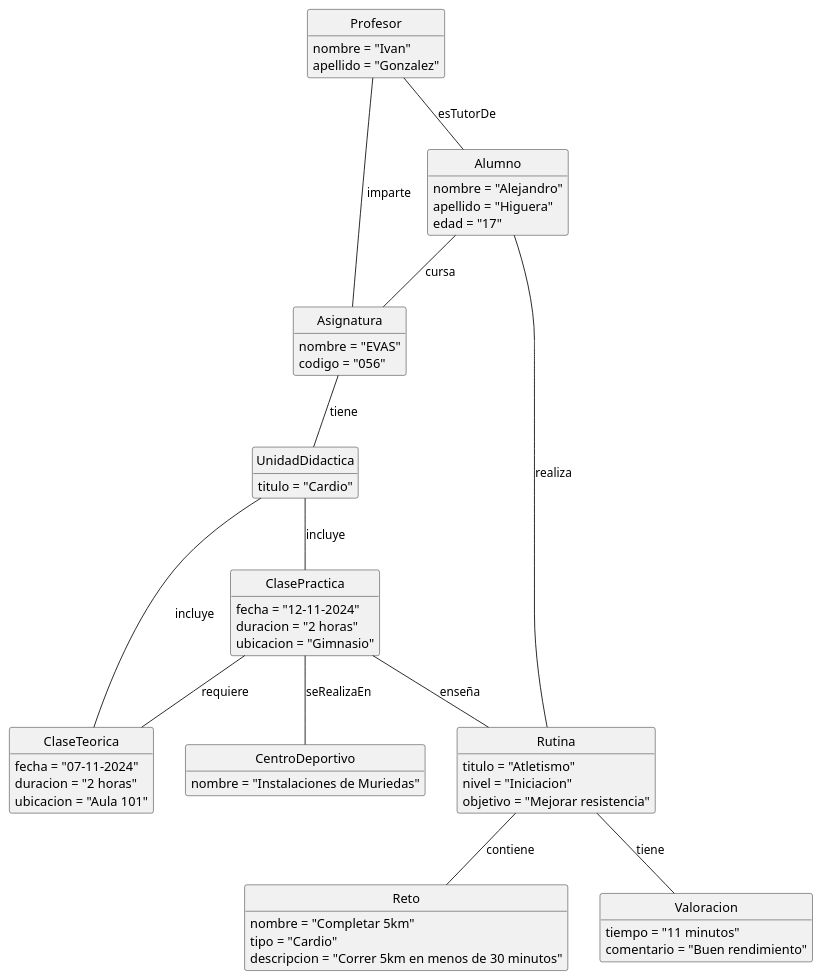
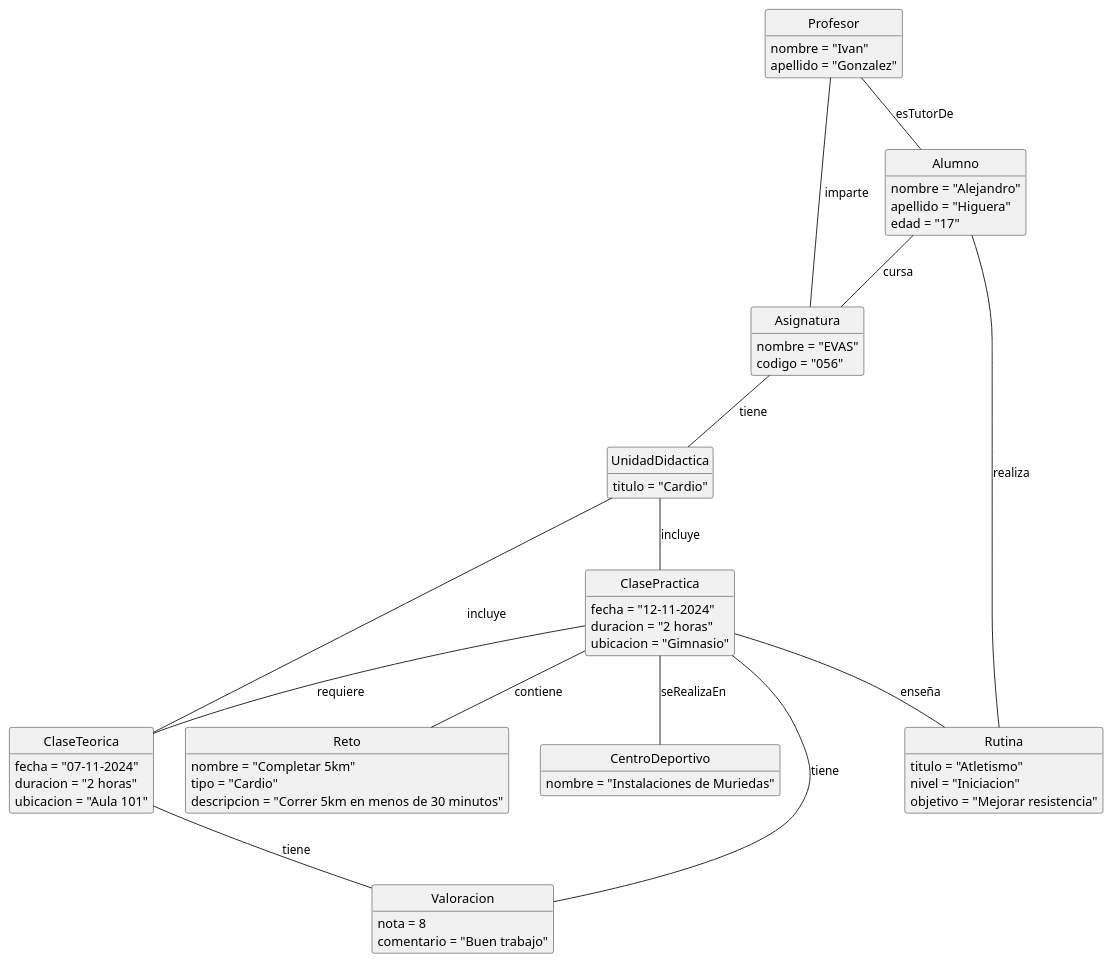
One commit to mmasias/24-25-IdSw1-SDR changed the diagram in Documentos/diagramaDeObjetos/diagramaDeObjetos.puml. Above: the diagram before and after it, drawn with PlantUML. The commit also changed other lines of this file and 1 other file, not shown here.

Commit message:
Diagrama de Objetos

```diff
--- a/Documentos/diagramaDeObjetos/diagramaDeObjetos.puml
+++ b/Documentos/diagramaDeObjetos/diagramaDeObjetos.puml
@@ -1,73 +1,74 @@
 @startuml evas
 
 hide circle
 hide empty members
 
 class Profesor {
     nombre = "Ivan"
     apellido = "Gonzalez"
 }
 
 class Alumno {
     nombre = "Alejandro"
     apellido = "Higuera"
     edad = "17"
 }
 
 class Asignatura {
     nombre = "EVAS"
     codigo = "056"
 }
 
 class UnidadDidactica {
     titulo = "Cardio"
 }
 
 class ClasePractica {
     fecha = "12-11-2024"
     duracion = "2 horas"
     ubicacion = "Gimnasio"
 }
 
 class ClaseTeorica {
     fecha = "07-11-2024"
     duracion = "2 horas"
     ubicacion = "Aula 101"
 }
 
 class CentroDeportivo {
     nombre = "Instalaciones de Muriedas"
 }
 
 class Rutina {
     titulo = "Atletismo"
     nivel = "Iniciacion"
     objetivo = "Mejorar resistencia"
 }
 
 class Reto {
     nombre = "Completar 5km"
     tipo = "Cardio"
     descripcion = "Correr 5km en menos de 30 minutos"
 }
 
 class Valoracion {
-    tiempo = "11 minutos"
-    comentario = "Buen rendimiento"
+    nota = 8
+    comentario = "Buen trabajo"
 }
 
 Profesor -- Alumno : esTutorDe
 Profesor -- Asignatura : imparte
 Asignatura -- UnidadDidactica : tiene
 UnidadDidactica -- ClasePractica : incluye
 UnidadDidactica -- ClaseTeorica : incluye
 Alumno -- Asignatura : cursa
 ClasePractica -- CentroDeportivo : seRealizaEn
 ClasePractica -- Rutina : enseña
-Rutina -- Reto : contiene
-Rutina -- Valoracion: tiene
+ClasePractica -- Reto : contiene
+ClasePractica -- Valoracion: tiene
+ClaseTeorica -- Valoracion: tiene
 Alumno -- Rutina: realiza
 
 ClasePractica -- ClaseTeorica : requiere
 
 @enduml
```
